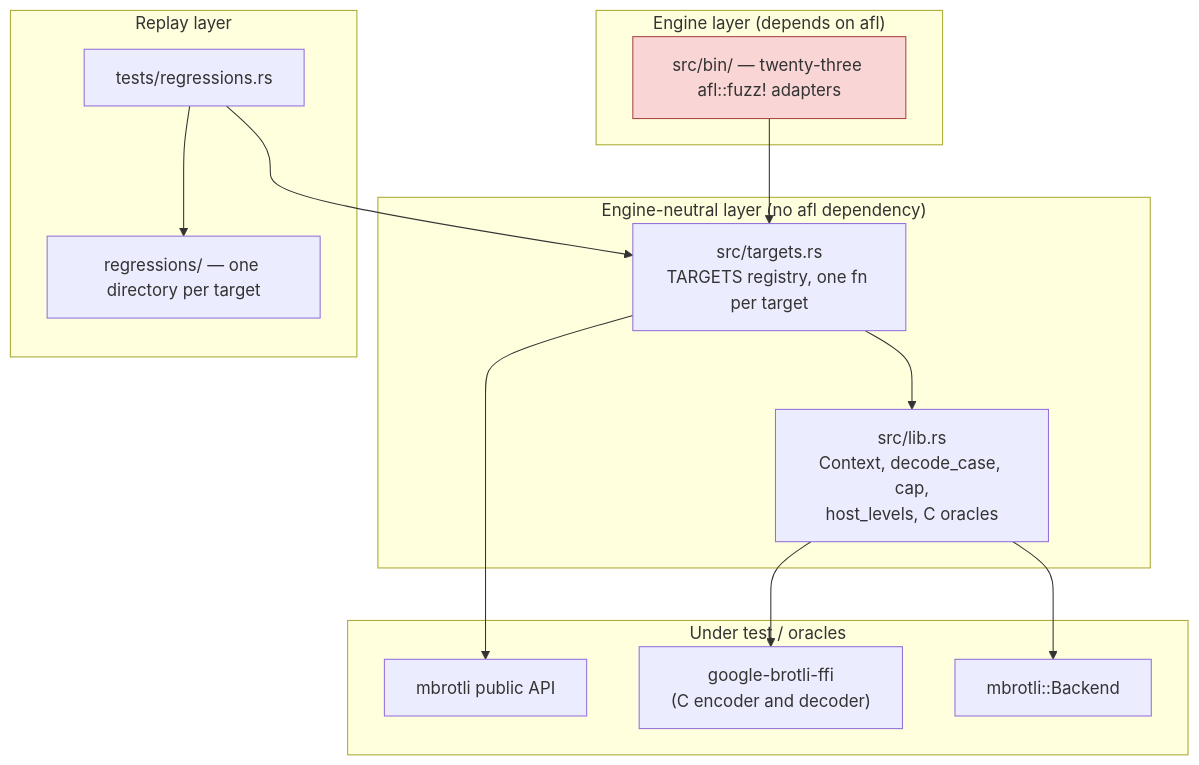
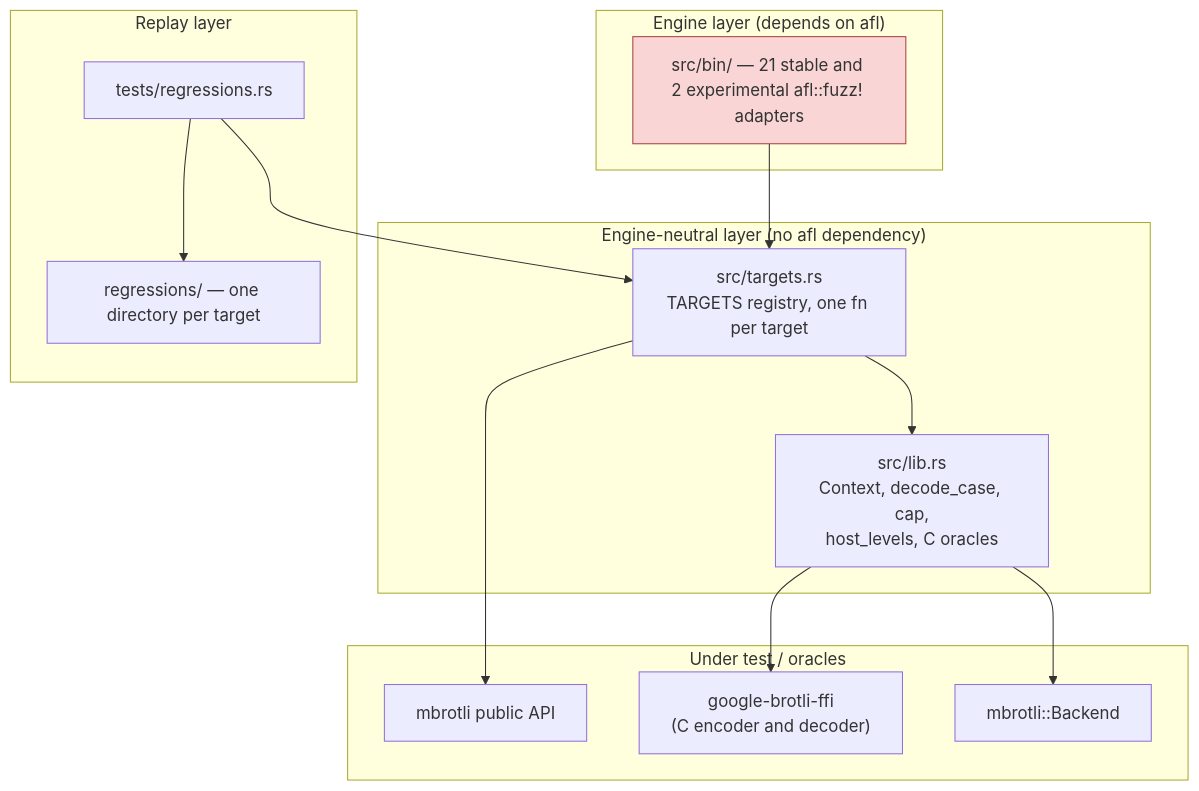
Before and after one commit to Mnwa/mbrotli: the second of 6 diagrams in architecture/fuzzing.md, drawn with Mermaid. The commit also changed other lines of this file and 14 other files, not shown here.

````diff
--- a/architecture/fuzzing.md
+++ b/architecture/fuzzing.md
@@ -20,33 +37,33 @@
 ```mermaid
 graph TD
     subgraph engine["Engine layer (depends on afl)"]
-        bins["src/bin/ — twenty-three afl::fuzz! adapters"]
+        bins["src/bin/ — 21 stable and 2 experimental afl::fuzz! adapters"]
     end
 
     subgraph neutral["Engine-neutral layer (no afl dependency)"]
         targets["src/targets.rs<br/>TARGETS registry, one fn per target"]
         lib["src/lib.rs<br/>Context, decode_case, cap,<br/>host_levels, C oracles"]
     end
 
     subgraph replay["Replay layer"]
         regtest["tests/regressions.rs"]
         corpus["regressions/ — one directory per target"]
     end
 
     subgraph under["Under test / oracles"]
         mbrotli["mbrotli public API"]
         ffi["google-brotli-ffi<br/>(C encoder and decoder)"]
         simd["mbrotli::Backend"]
     end
 
     bins --> targets
     regtest --> targets
     regtest --> corpus
     targets --> lib
     targets --> mbrotli
     lib --> ffi
     lib --> simd
 
     classDef engineNode fill:#f9d6d5,stroke:#a94442;
     class bins engineNode;
 ```
````
